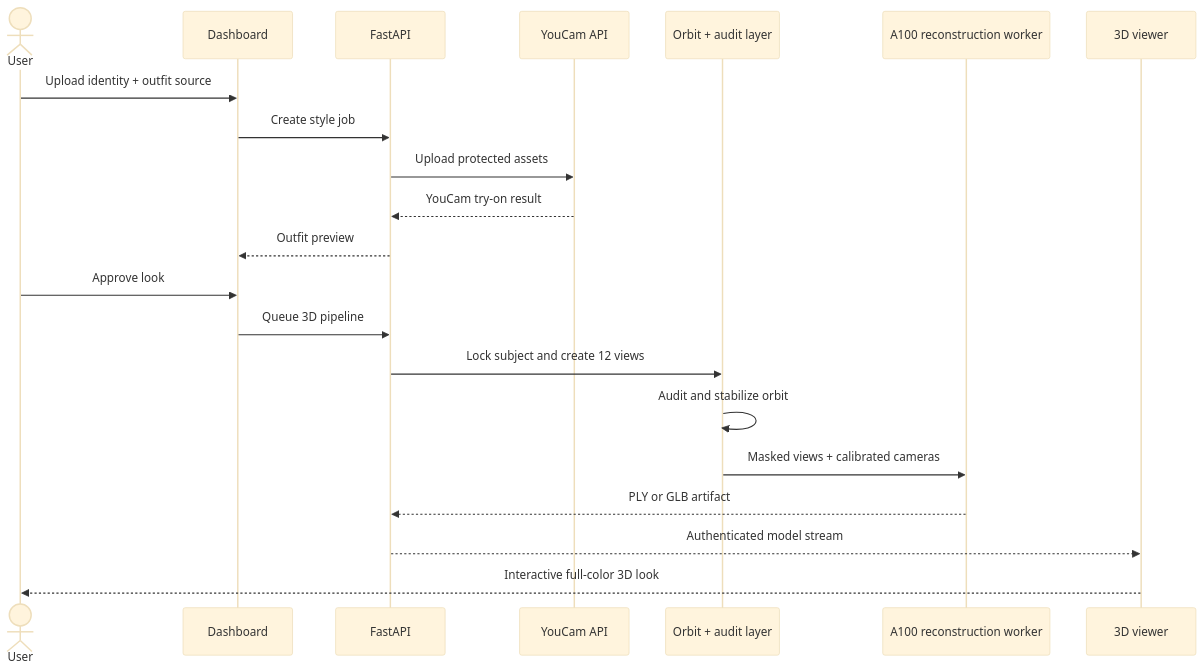
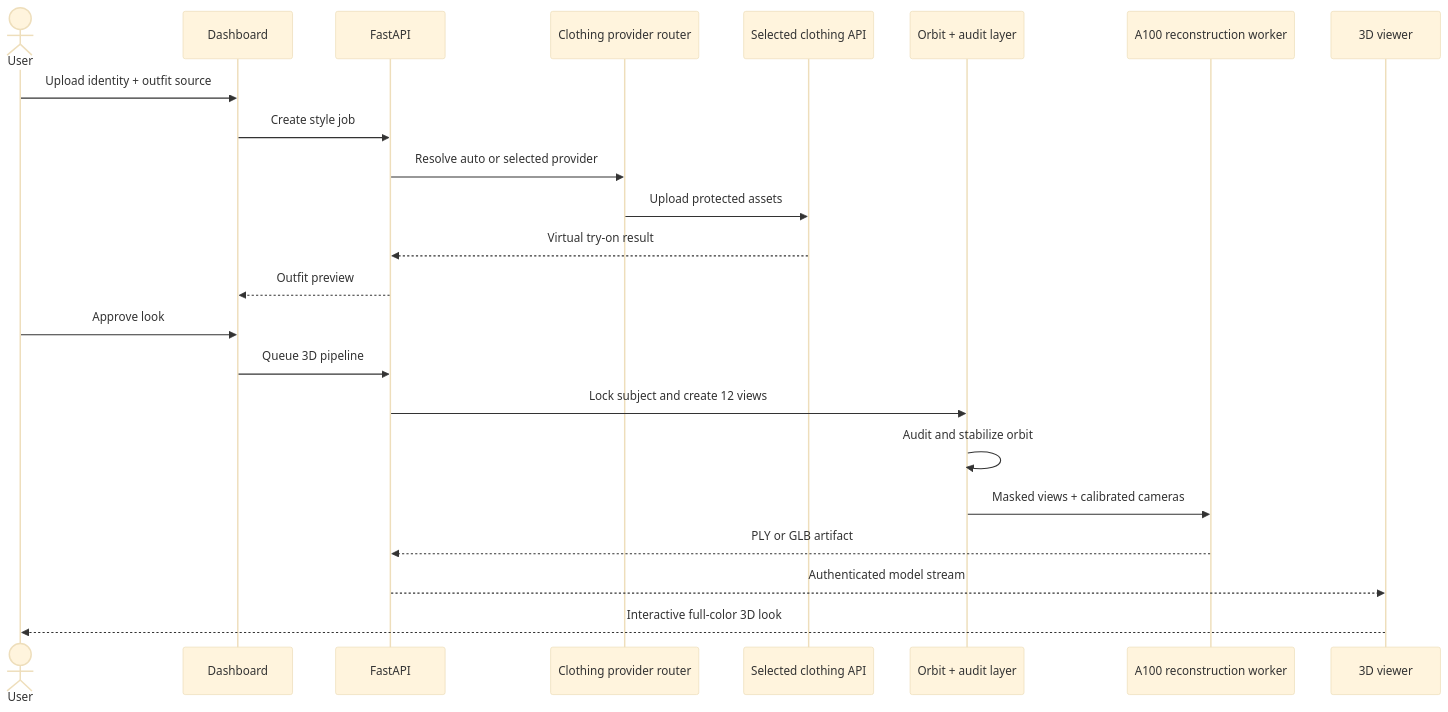
Before and after one commit to Harry-2005/YouCam-3D: the second of 2 diagrams in README.md, drawn with Mermaid (base theme). The commit also changed other lines of this file and 1 other file, not shown here.

Commit message:
docs: document multi-provider fitting architecture

````diff
--- a/README.md
+++ b/README.md
@@ -118,24 +121,26 @@
 ```mermaid
 sequenceDiagram
     actor U as User
     participant D as Dashboard
     participant A as FastAPI
-    participant Y as YouCam API
+    participant R as Clothing provider router
+    participant P as Selected clothing API
     participant O as Orbit + audit layer
     participant G as A100 reconstruction worker
     participant V as 3D viewer
 
     U->>D: Upload identity + outfit source
     D->>A: Create style job
-    A->>Y: Upload protected assets
-    Y-->>A: YouCam try-on result
+    A->>R: Resolve auto or selected provider
+    R->>P: Upload protected assets
+    P-->>A: Virtual try-on result
     A-->>D: Outfit preview
     U->>D: Approve look
     D->>A: Queue 3D pipeline
     A->>O: Lock subject and create 12 views
     O->>O: Audit and stabilize orbit
     O->>G: Masked views + calibrated cameras
     G-->>A: PLY or GLB artifact
     A-->>V: Authenticated model stream
     V-->>U: Interactive full-color 3D look
 ```
````
